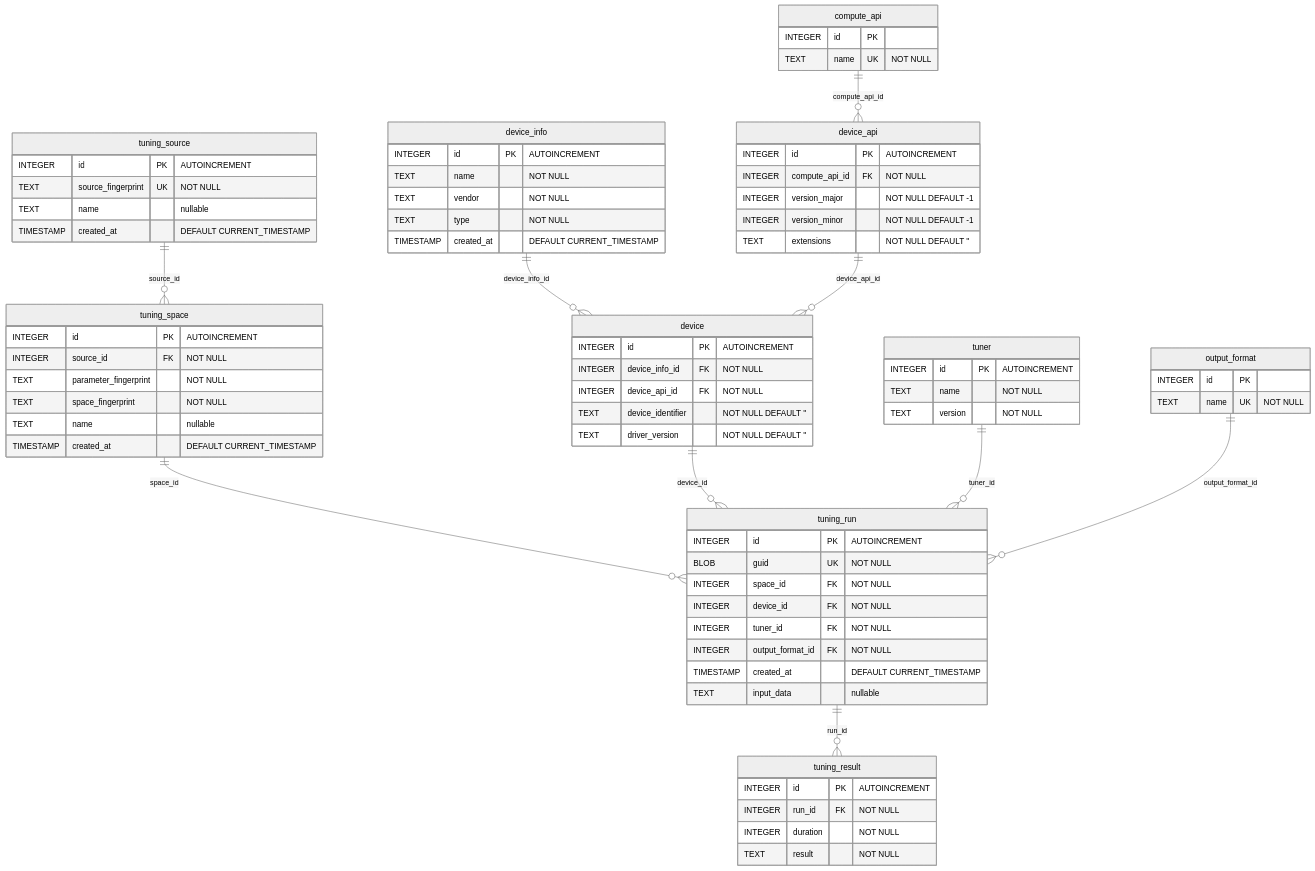
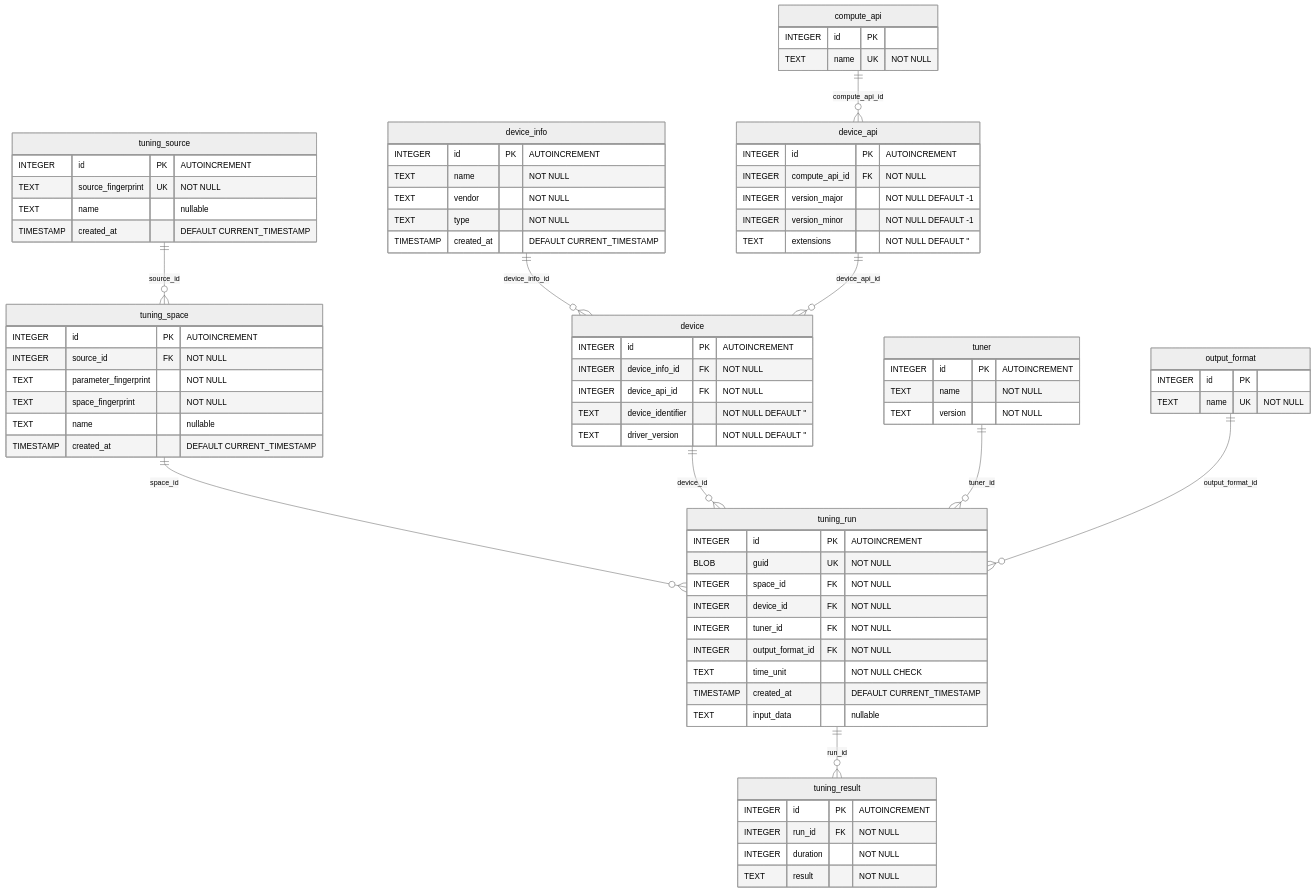
The diagram in Database/ERD.md (xbugar/ktt), drawn with Mermaid (neutral theme) before and after one commit. The commit also changed other lines of this file and 16 other files, not shown here.

```diff
--- a/Database/ERD.md
+++ b/Database/ERD.md
@@ -68,6 +68,7 @@
         INTEGER device_id FK "NOT NULL"
         INTEGER tuner_id FK "NOT NULL"
         INTEGER output_format_id FK "NOT NULL"
+        TEXT time_unit "NOT NULL CHECK"
         TIMESTAMP created_at "DEFAULT CURRENT_TIMESTAMP"
         TEXT input_data "nullable"
     }
```
